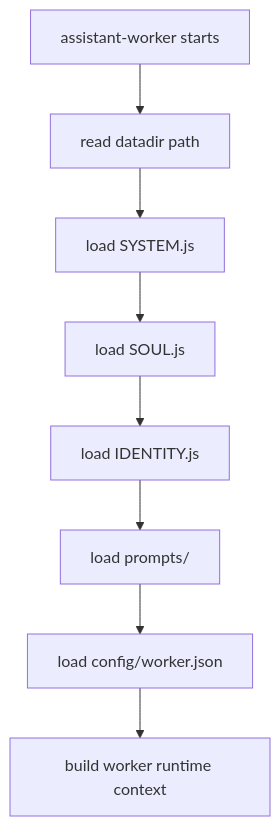
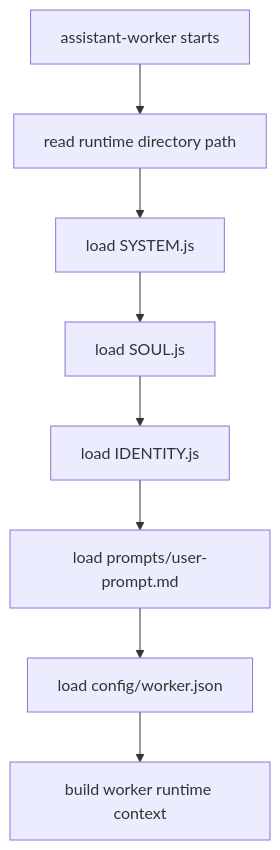
Before and after one commit to vinitu/my-concierge: the fourth of 7 diagrams in docs/services/assistant-worker.md, drawn with Mermaid. The commit also changed other lines of this file and 59 other files, not shown here.

````diff
--- a/docs/services/assistant-worker.md
+++ b/docs/services/assistant-worker.md
@@ -237,10 +238,10 @@
 ```mermaid
 flowchart TD
-    Start["assistant-worker starts"] --> ReadDir["read datadir path"]
+    Start["assistant-worker starts"] --> ReadDir["read runtime directory path"]
     ReadDir --> LoadRules["load SYSTEM.js"]
     LoadRules --> LoadSoul["load SOUL.js"]
     LoadSoul --> LoadIdentity["load IDENTITY.js"]
-    LoadIdentity --> LoadPrompts["load prompts/"]
-    LoadPrompts --> LoadConfig["load config/worker.json"]
+    LoadIdentity --> LoadPrompt["load prompts/user-prompt.md"]
+    LoadPrompt --> LoadConfig["load config/worker.json"]
     LoadConfig --> BuildContext["build worker runtime context"]
 ```
````
